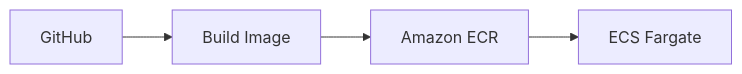
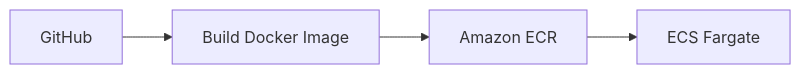
One commit to wandytorres/aws-cloud-journey changed the fourth of 5 diagrams in README.md. Above: the diagram before and after it, drawn with Mermaid. The commit also changed other lines of this file, not shown here.

````diff
--- a/README.md
+++ b/README.md
@@ -134,6 +130,6 @@
 ```mermaid
 flowchart LR
-    A[GitHub] --> B[Build Image]
+    A[GitHub] --> B[Build Docker Image]
     B --> C[Amazon ECR]
     C --> D[ECS Fargate]
 ```
````
